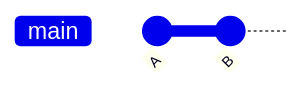
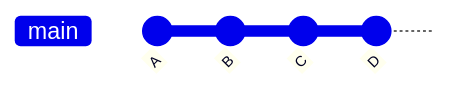
Before and after one commit to p-fruck/lecture-se2: the eighth of 18 diagrams in slides/01-git.md, drawn with Mermaid. The commit also changed other lines of this file, not shown here.

````diff
--- a/slides/01-git.md
+++ b/slides/01-git.md
@@ -153,5 +312,7 @@
-```mermaid +render
+```mermaid
 gitGraph
    commit id: "A"
    commit id: "B"
+   commit id: "C"
+   commit id: "D"
 ```
````
